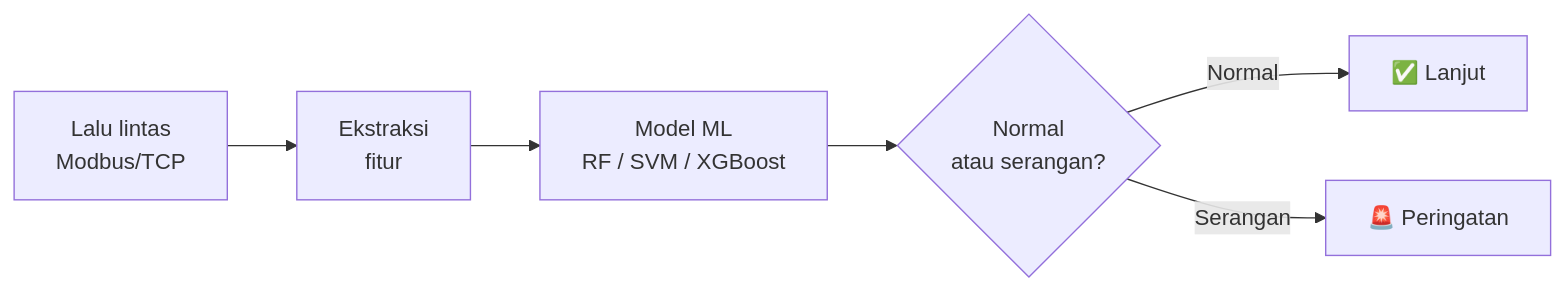
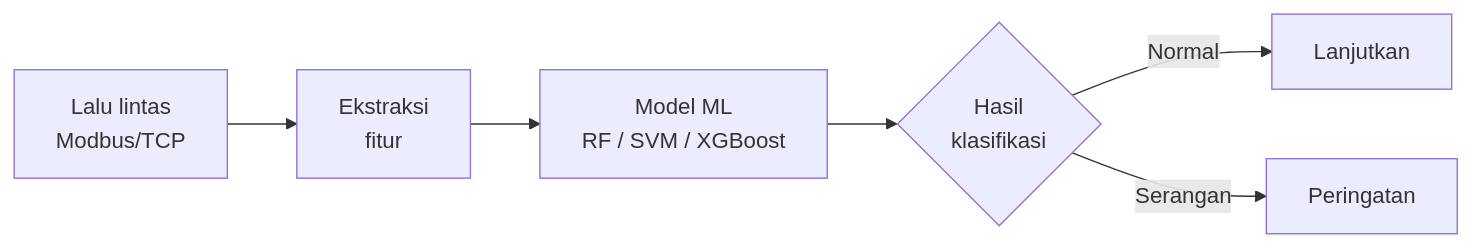
The diagram in README.md (ardhika13/ardhika13), drawn with Mermaid before and after one commit. The commit also changed other lines of this file, not shown here.

````diff
--- a/README.md
+++ b/README.md
@@ -82,8 +58,8 @@
 ```mermaid
 flowchart LR
     A[Lalu lintas<br/>Modbus/TCP] --> B[Ekstraksi<br/>fitur]
     B --> C[Model ML<br/>RF / SVM / XGBoost]
-    C --> D{Normal<br/>atau serangan?}
-    D -->|Normal| E[✅ Lanjut]
-    D -->|Serangan| F[🚨 Peringatan]
+    C --> D{Hasil<br/>klasifikasi}
+    D -->|Normal| E[Lanjutkan]
+    D -->|Serangan| F[Peringatan]
 ```
````
